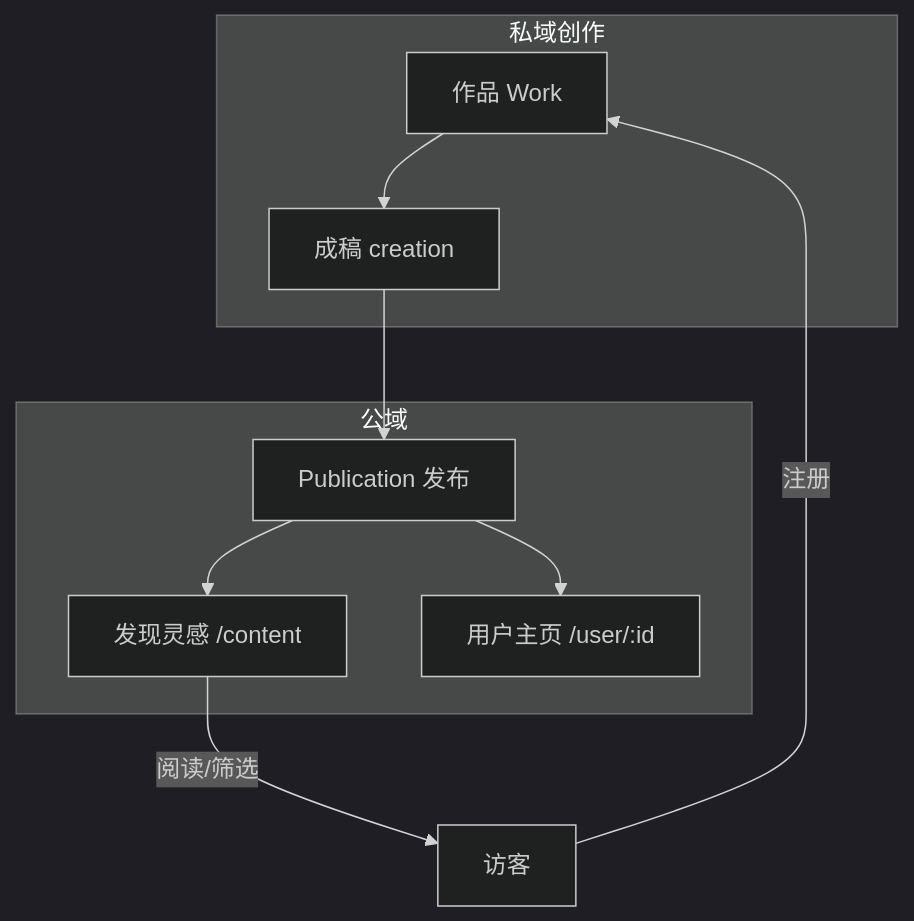
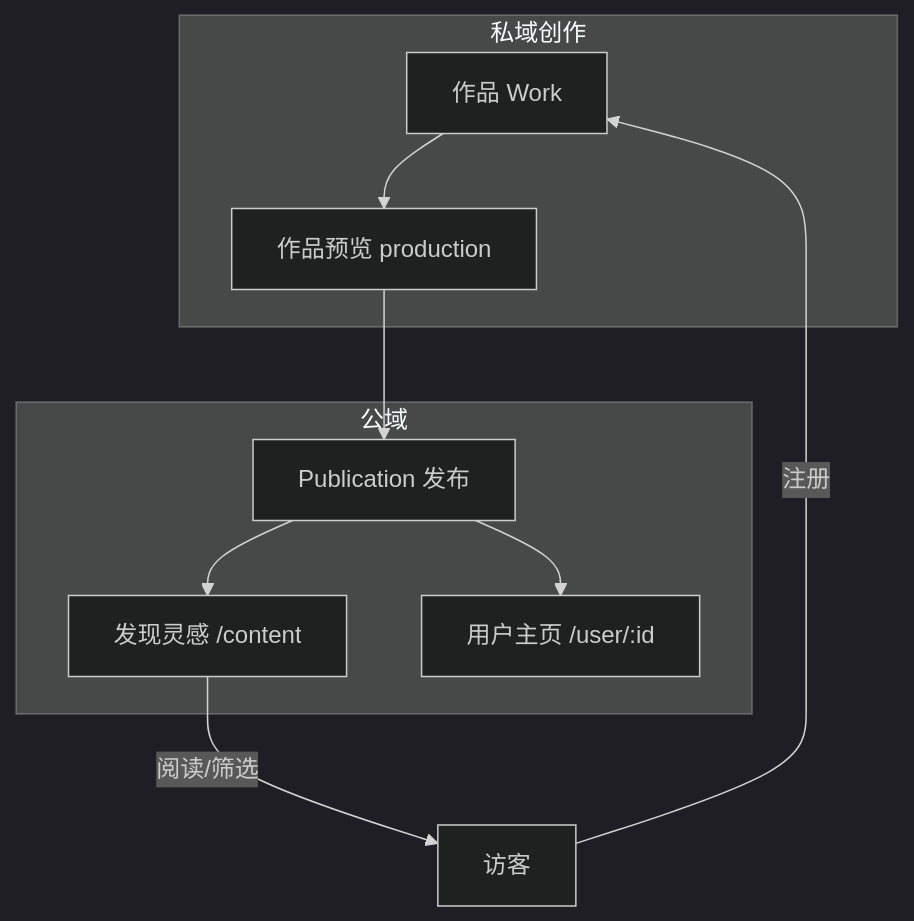
One commit to yizhao6985-ai/yougan changed the diagram in docs/business/content-ecosystem.md. Above: the diagram before and after it, drawn with Mermaid (dark theme). The commit also changed other lines of this file and 145 other files, not shown here.

````diff
--- a/docs/business/content-ecosystem.md
+++ b/docs/business/content-ecosystem.md
@@ -7,18 +7,18 @@
 ```mermaid
 flowchart TB
   subgraph private [私域创作]
     W[作品 Work]
-    C[成稿 creation]
+    C[作品预览 production]
   end
   subgraph public [公域]
     P[Publication 发布]
     D[发现灵感 /content]
     U[用户主页 /user/:id]
   end
   W --> C
   C --> P
   P --> D
   P --> U
   D -->|阅读/筛选| V[访客]
   V -->|注册| W
 ```
````
